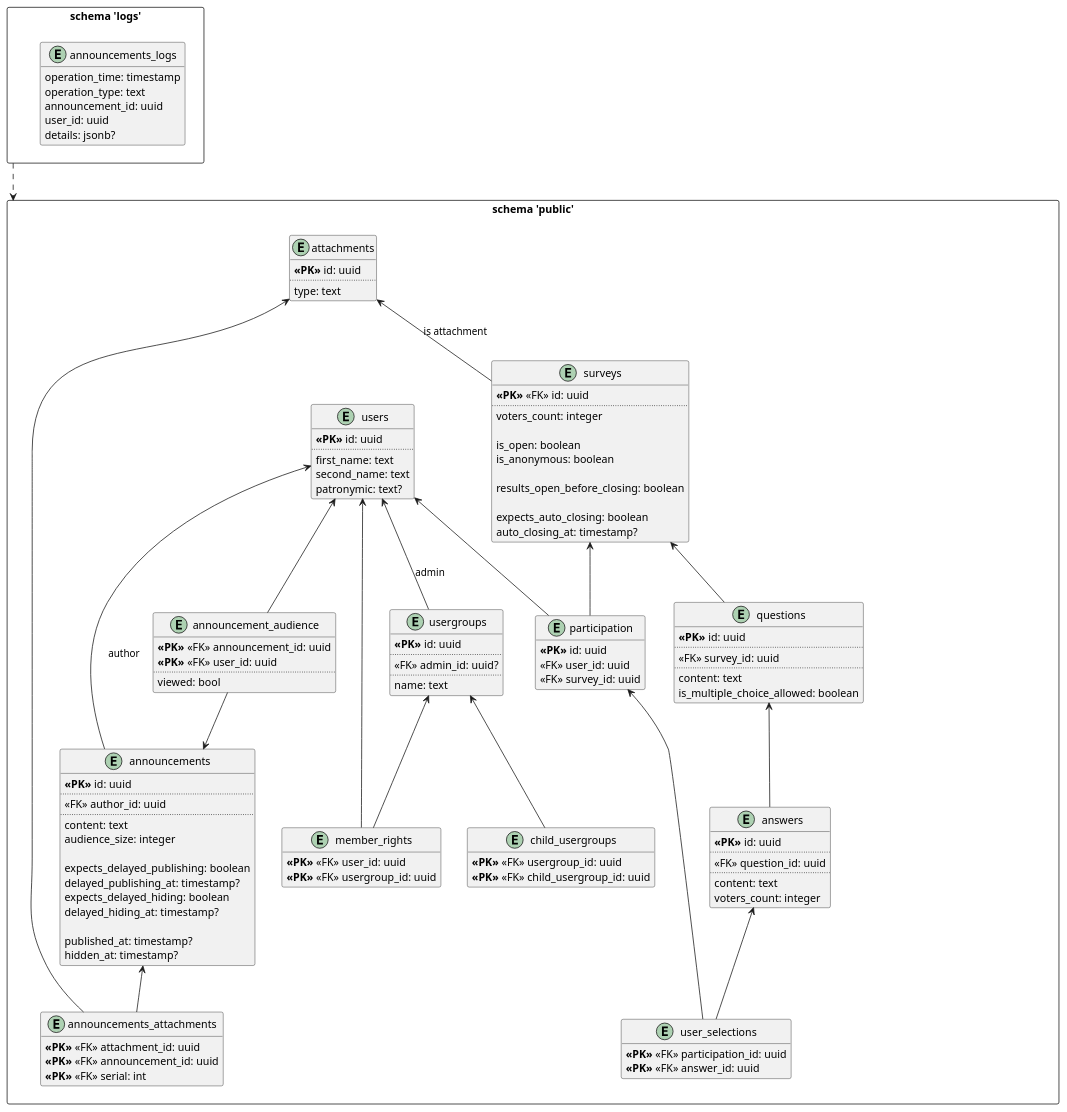
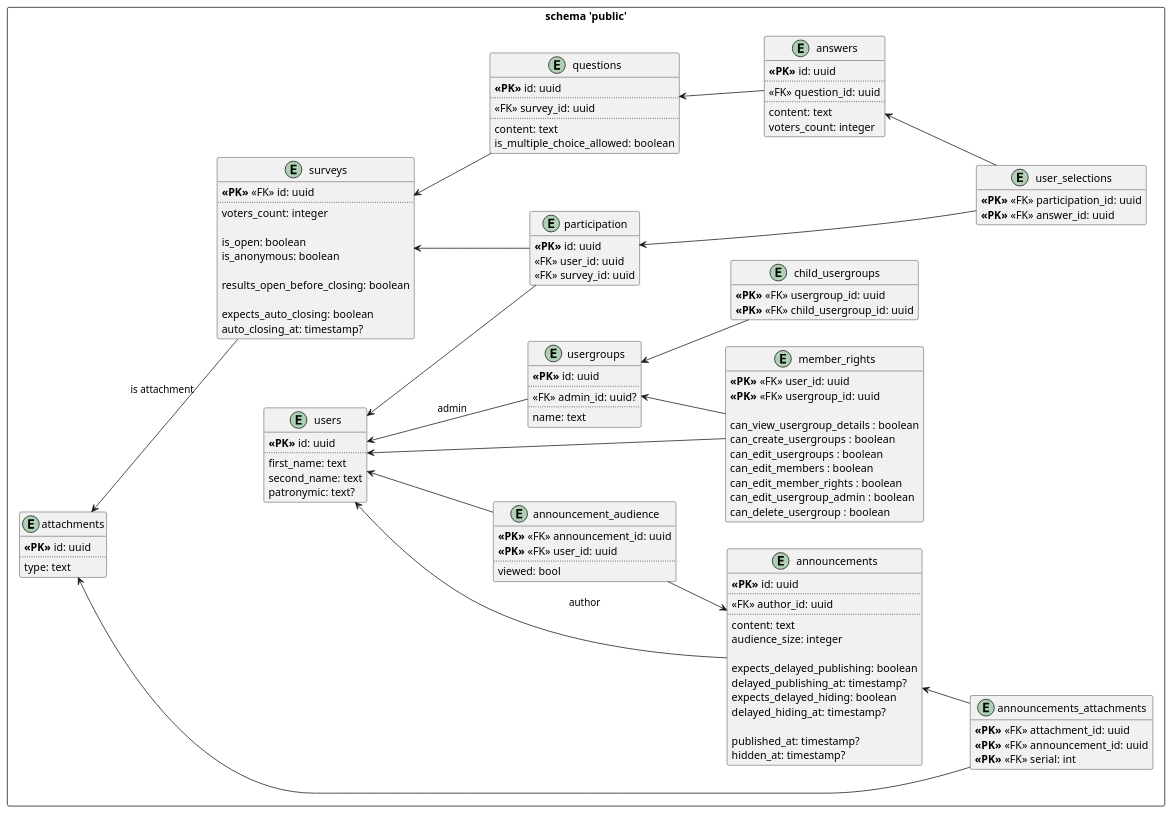
One commit to astu-app/ASTU-Bulletin-Board-Server changed the diagram in doc/диаграммы/база-данных/основная-бд.puml. Above: the diagram before and after it, drawn with PlantUML. The commit also changed 7 other files, not shown here.

Commit message:
переработал диаграммы

```diff
--- a/doc/диаграммы/база-данных/основная-бд.puml
+++ b/doc/диаграммы/база-данных/основная-бд.puml
@@ -1,149 +1,159 @@
 @startuml
 'https://plantuml.com/class-diagram
 
 hide methods
+
+left to right direction
 
 ' public schema
 rectangle "schema 'public'" as public_schema { 
     entity users {
         <b><<PK>></b> id: uuid
         ..
         first_name: text
         second_name: text
         patronymic: text?
     }
     
     entity announcements {
         <b><<PK>></b> id: uuid
         ..
         <<FK>> author_id: uuid
         ..
         content: text
         audience_size: integer
         
         expects_delayed_publishing: boolean
         delayed_publishing_at: timestamp?
         expects_delayed_hiding: boolean
         delayed_hiding_at: timestamp?
         
         published_at: timestamp?
         hidden_at: timestamp?
     }
     users <-- announcements : author
     
     entity announcement_audience {
         <b><<PK>></b> <<FK>> announcement_id: uuid
         <b><<PK>></b> <<FK>> user_id: uuid
         ..
         viewed: bool
     }
     announcements <-up- announcement_audience
     users <-- announcement_audience
     
     entity usergroups {
         <b><<PK>></b> id: uuid
         ..
         <<FK>> admin_id: uuid?
         ..
         name: text
     }
     users <-- usergroups : admin
     
     entity child_usergroups {
         <b><<PK>></b> <<FK>> usergroup_id: uuid
         <b><<PK>></b> <<FK>> child_usergroup_id: uuid
     }
     usergroups <-- child_usergroups
     
     entity member_rights {
         <b><<PK>></b> <<FK>> user_id: uuid
         <b><<PK>></b> <<FK>> usergroup_id: uuid
+
+        can_view_usergroup_details : boolean
+        can_create_usergroups : boolean
+        can_edit_usergroups : boolean
+        can_edit_members : boolean
+        can_edit_member_rights : boolean
+        can_edit_usergroup_admin : boolean
+        can_delete_usergroup : boolean
     }
     usergroups <-- member_rights
     users <-- member_rights
 
     entity attachments {
         <b><<PK>></b> id: uuid
         ..
         type: text
     }
 
     entity announcements_attachments {
         <b><<PK>></b> <<FK>> attachment_id: uuid
         <b><<PK>></b> <<FK>> announcement_id: uuid
         <b><<PK>></b> <<FK>> serial: int
     }
     announcements <-- announcements_attachments
     attachments <-- announcements_attachments
 
     entity surveys {
         <b><<PK>></b> <<FK>> id: uuid
         ..
         voters_count: integer
         
         is_open: boolean
         is_anonymous: boolean
         
         results_open_before_closing: boolean
         
         expects_auto_closing: boolean
         auto_closing_at: timestamp?
     }
     attachments <-- surveys : is attachment
     
     entity questions {
         <b><<PK>></b> id: uuid
         ..
         <<FK>> survey_id: uuid
         ..
         content: text    
         is_multiple_choice_allowed: boolean
     }
     surveys <-- questions
     
     entity answers {
         <b><<PK>></b> id: uuid
         ..
         <<FK>> question_id: uuid
         ..
         content: text
         voters_count: integer
     }
     questions <-- answers
     note right of answers::answer_type
         Атрибут определяет 
         хранящийся в записи тип вопроса
     end note
     
     entity participation {
         <b><<PK>></b> id: uuid
         <<FK>> user_id: uuid
         <<FK>> survey_id: uuid
     }
     users <-- participation
     surveys <-- participation
     
     entity user_selections {
         <b><<PK>></b> <<FK>> participation_id: uuid
         <b><<PK>></b> <<FK>> answer_id: uuid
     }
     participation <-- user_selections
     answers <-- user_selections
 }
 
 
 
-' logs schema
-rectangle "schema 'logs'" as logs_schema {
-    entity announcements_logs {
-        operation_time: timestamp
-        operation_type: text
-        announcement_id: uuid
-        user_id: uuid
-        details: jsonb?
-    }
-}
-public_schema <.up. logs_schema
-'archive_schema <.. logs_schema
+'' logs schema
+'rectangle "schema 'logs'" as logs_schema {
+'    entity announcements_logs {
+'        operation_time: timestamp
+'        operation_type: text
+'        announcement_id: uuid
+'        user_id: uuid
+'        details: jsonb?
+'    }
+'}
+'public_schema <.up. logs_schema
+''archive_schema <.. logs_schema
 
 @enduml 
```
